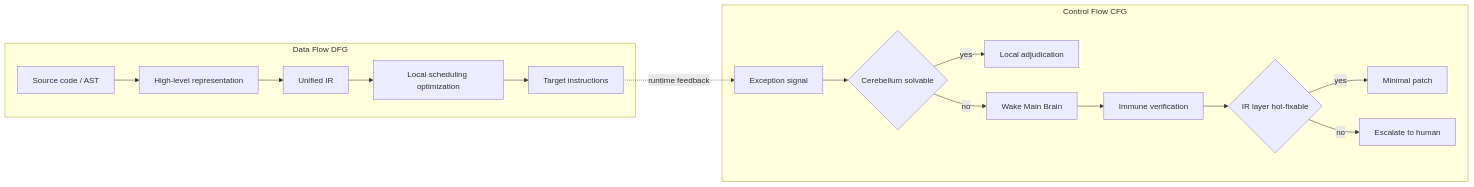
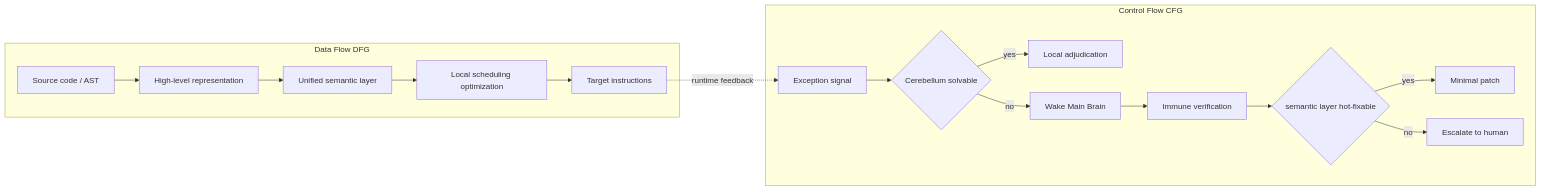
The second of 12 diagrams in ANE-Specification-AI-Native-Engineering-Paradigm.md (pony-029/ane), drawn with Mermaid before and after one commit. The commit also changed other lines of this file and 5 other files, not shown here.

````diff
--- a/ANE-Specification-AI-Native-Engineering-Paradigm.md
+++ b/ANE-Specification-AI-Native-Engineering-Paradigm.md
@@ -216,16 +275,16 @@
 ```mermaid
 flowchart LR
     subgraph DF["Data Flow DFG"]
-        A[Source code / AST] --> B[High-level representation] --> C[Unified IR] --> D[Local scheduling optimization] --> E[Target instructions]
+        A[Source code / AST] --> B[High-level representation] --> C[Unified semantic layer] --> D[Local scheduling optimization] --> E[Target instructions]
     end
     subgraph CF["Control Flow CFG"]
         F[Exception signal] --> G{Cerebellum solvable}
         G -->|yes| H[Local adjudication]
         G -->|no| I[Wake Main Brain]
         I --> J[Immune verification]
-        J --> K{IR layer hot-fixable}
+        J --> K{semantic layer hot-fixable}
         K -->|yes| L[Minimal patch]
         K -->|no| M[Escalate to human]
     end
     E -.runtime feedback.-> F
 ```
````
